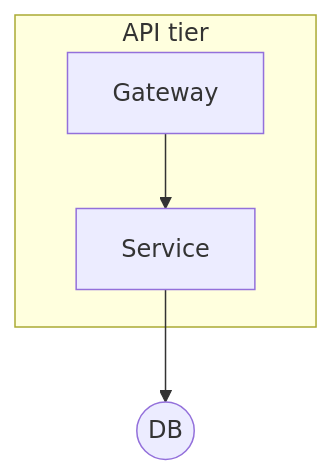
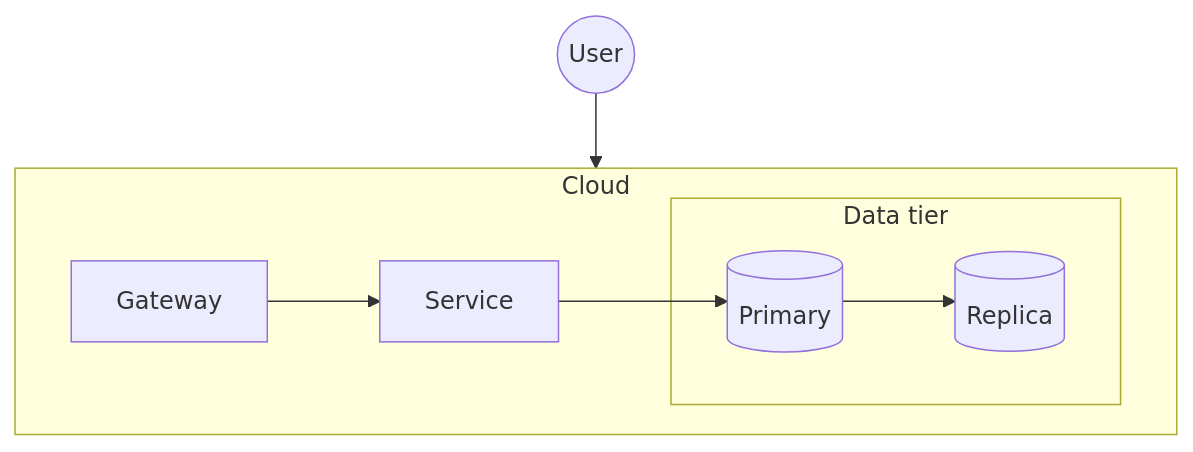
The fourth of 13 diagrams in src/content/docs/mermaid.md (elixpo/sketch.elixpo), drawn with Mermaid before and after one commit. The commit also changed other lines of this file and 1 other file, not shown here.

First line of the commit message:
docs(mermaid): Excalidraw-parity support matrix, per-type syntax and examples

````diff
--- a/src/content/docs/mermaid.md
+++ b/src/content/docs/mermaid.md
@@ -107,7 +143,12 @@
 ```mermaid
-flowchart TD
-  subgraph api [API tier]
+flowchart TB
+  subgraph cloud [Cloud]
+    direction LR
     gw[Gateway] --> svc[Service]
+    subgraph data [Data tier]
+      db[(Primary)] --> replica[(Replica)]
+    end
   end
-  svc --> db((DB))
+  user((User)) --> gw
+  svc --> db
 ```
````
